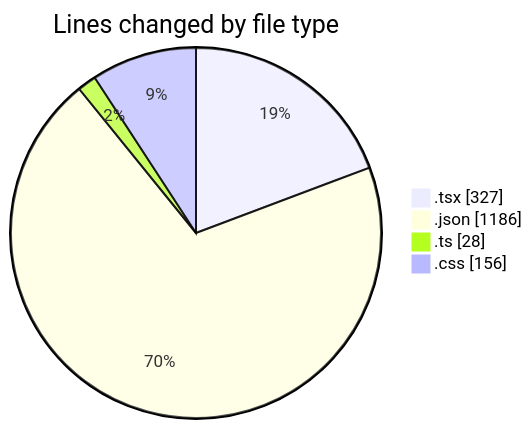
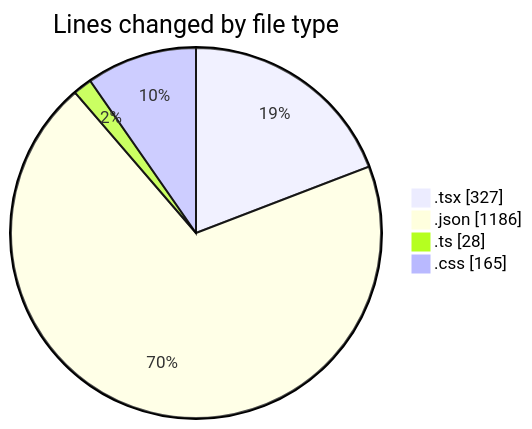
The first of 2 diagrams in 2025-08-04/tw-server/README.md (EIIisD/code-tracking), drawn with Mermaid before and after one commit. The commit also changed other lines of this file and 1 other file, not shown here.

````diff
--- a/2025-08-04/tw-server/README.md
+++ b/2025-08-04/tw-server/README.md
@@ -26,8 +26,8 @@
 ```mermaid
 pie showData
 title Lines changed by file type
 ".tsx" : 327
 ".json" : 1186
 ".ts" : 28
-".css" : 156
+".css" : 165
 ```
````
